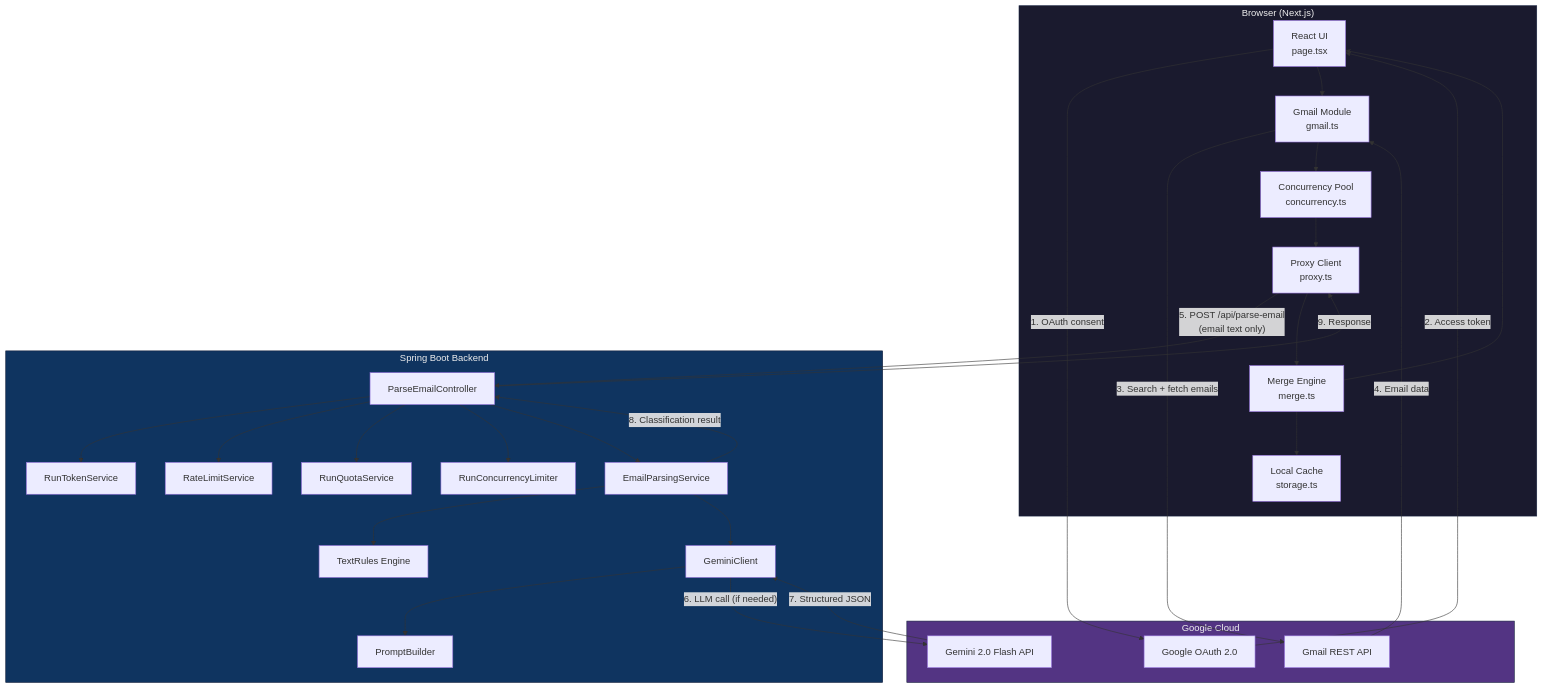
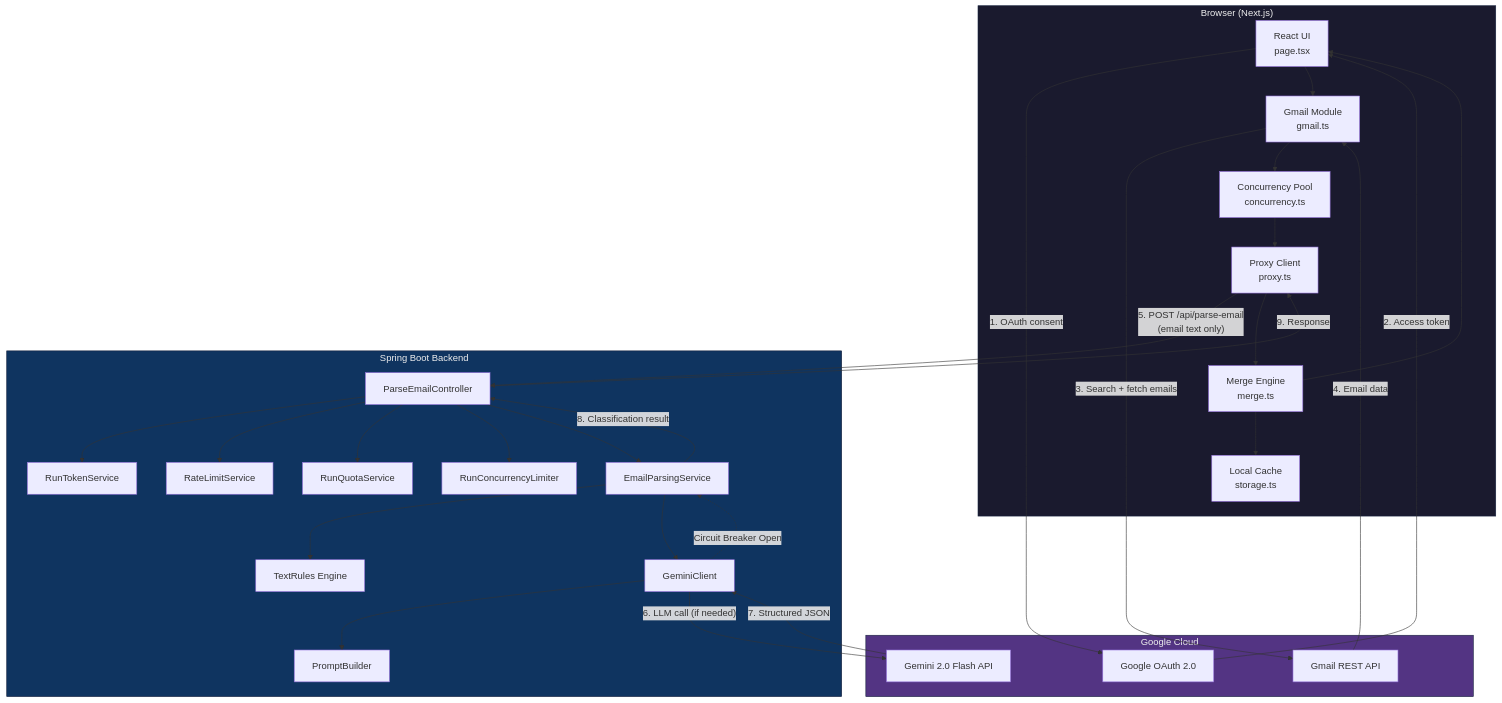
One commit to 10xDeVv/WhereDidIApply changed the first of 10 diagrams in DESIGN.md. Above: the diagram before and after it, drawn with Mermaid. The commit also changed other lines of this file and 21 other files, not shown here.

````diff
--- a/DESIGN.md
+++ b/DESIGN.md
@@ -43,57 +44,58 @@
 ```mermaid
 graph TB
     subgraph Browser["Browser (Next.js)"]
         UI["React UI<br/>page.tsx"]
         GmailLib["Gmail Module<br/>gmail.ts"]
         ProxyLib["Proxy Client<br/>proxy.ts"]
         MergeLib["Merge Engine<br/>merge.ts"]
         StorageLib["Local Cache<br/>storage.ts"]
         ConcLib["Concurrency Pool<br/>concurrency.ts"]
     end
 
     subgraph Google["Google Cloud"]
         OAuth["Google OAuth 2.0"]
         GmailAPI["Gmail REST API"]
         GeminiAPI["Gemini 2.0 Flash API"]
     end
 
     subgraph Backend["Spring Boot Backend"]
         Controller["ParseEmailController"]
         TokenSvc["RunTokenService"]
         RateLimit["RateLimitService"]
         Quota["RunQuotaService"]
         Semaphore["RunConcurrencyLimiter"]
         Pipeline["EmailParsingService"]
         Rules["TextRules Engine"]
         Gemini["GeminiClient"]
         Prompt["PromptBuilder"]
     end
 
     UI -->|"1. OAuth consent"| OAuth
     OAuth -->|"2. Access token"| UI
     UI --> GmailLib
     GmailLib -->|"3. Search + fetch emails"| GmailAPI
     GmailAPI -->|"4. Email data"| GmailLib
     GmailLib --> ConcLib
     ConcLib --> ProxyLib
     ProxyLib -->|"5. POST /api/parse-email<br/>(email text only)"| Controller
     Controller --> TokenSvc
     Controller --> RateLimit
     Controller --> Quota
     Controller --> Semaphore
     Controller --> Pipeline
     Pipeline --> Rules
     Pipeline --> Gemini
     Gemini --> Prompt
     Gemini -->|"6. LLM call (if needed)"| GeminiAPI
     GeminiAPI -->|"7. Structured JSON"| Gemini
+    Gemini -.->|"Circuit Breaker Open"| Pipeline
     Pipeline -->|"8. Classification result"| Controller
     Controller -->|"9. Response"| ProxyLib
     ProxyLib --> MergeLib
     MergeLib --> StorageLib
     MergeLib --> UI
 
     style Browser fill:#1a1a2e,stroke:#16213e,color:#eee
     style Backend fill:#0f3460,stroke:#16213e,color:#eee
     style Google fill:#533483,stroke:#16213e,color:#eee
 ```
````
